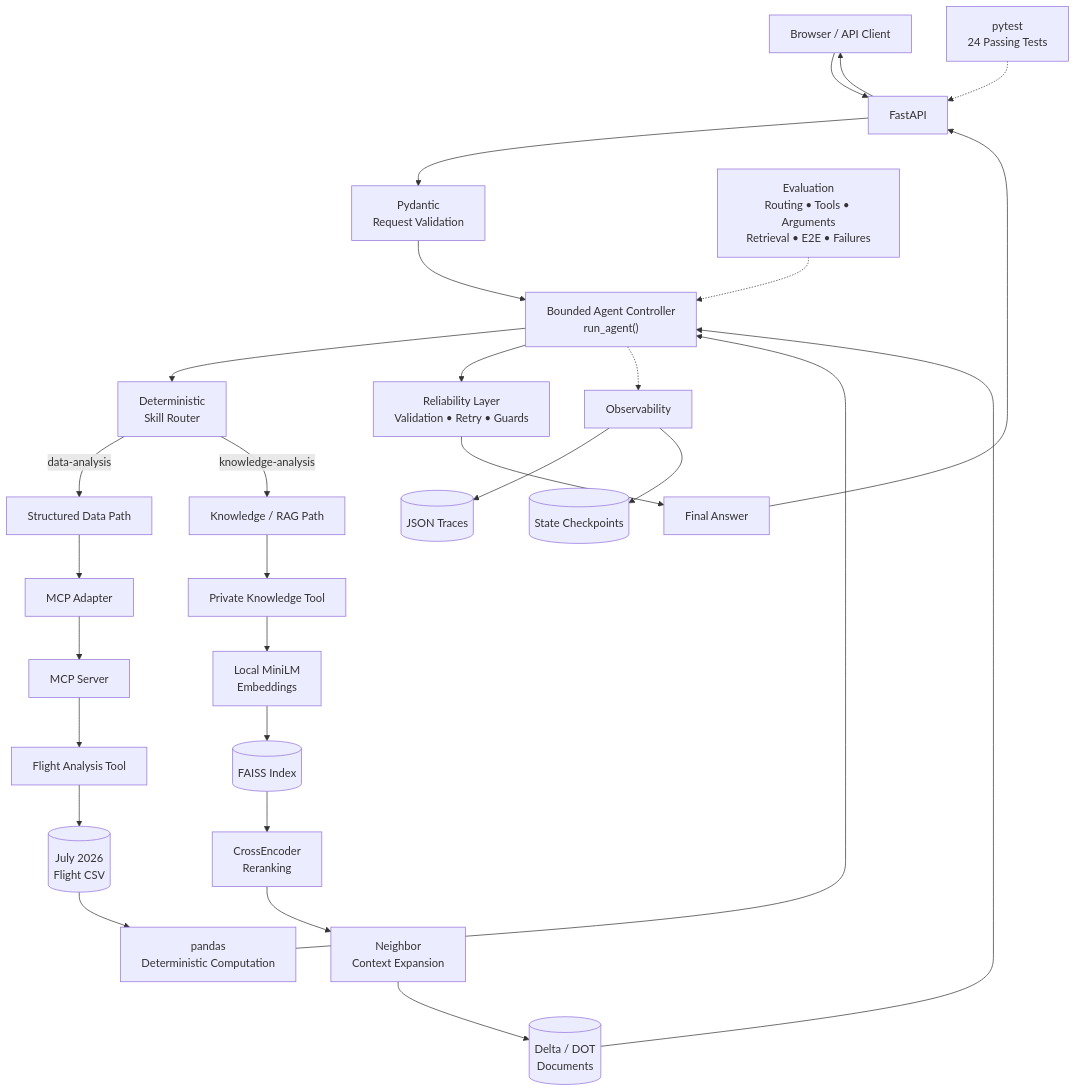
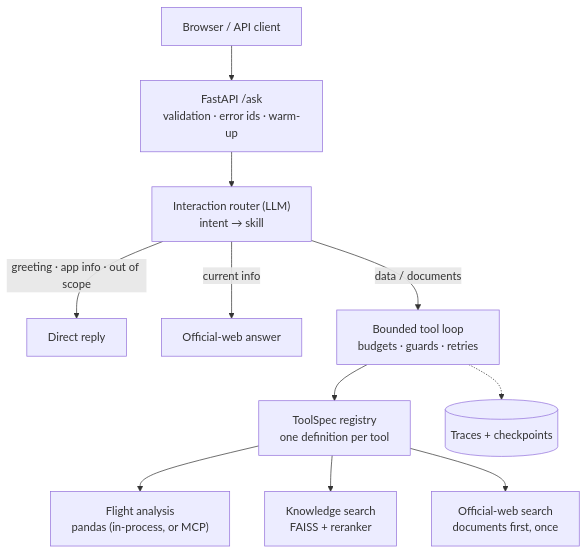
The diagram in README.md (norochalise/agentic-airline-bi), drawn with Mermaid before and after one commit. The commit also changed other lines of this file and 4 other files, not shown here.

First line of the commit message:
docs: 144-line README, dev log under docs/, architecture update note

````diff
--- a/README.md
+++ b/README.md
@@ -82,41 +23,13 @@
 ```mermaid
 flowchart TB
-    U["Browser / API Client"] --> API["FastAPI"]
-
-    API --> V["Pydantic<br/>Request Validation"]
-    V --> A["Bounded Agent Controller<br/>run_agent()"]
-
-    A --> R["Deterministic<br/>Skill Router"]
-
-    R -->|data-analysis| D["Structured Data Path"]
-    R -->|knowledge-analysis| K["Knowledge / RAG Path"]
-
-    D --> MCP["MCP Adapter"]
-    MCP --> MS["MCP Server"]
-    MS --> DT["Flight Analysis Tool"]
-    DT --> CSV[("July 2026<br/>Flight CSV")]
-    CSV --> PD["pandas<br/>Deterministic Computation"]
-
-    K --> KT["Private Knowledge Tool"]
-    KT --> EMB["Local MiniLM<br/>Embeddings"]
-    EMB --> F[("FAISS Index")]
-    F --> RR["CrossEncoder<br/>Reranking"]
-    RR --> NX["Neighbor<br/>Context Expansion"]
-    NX --> DOCS[("Delta / DOT<br/>Documents")]
-
-    PD --> A
-    DOCS --> A
-
-    A --> REL["Reliability Layer<br/>Validation • Retry • Guards"]
-    REL --> OUT["Final Answer"]
-
-    A -.-> OBS["Observability"]
-    OBS --> TR[("JSON Traces")]
-    OBS --> CP[("State Checkpoints")]
-
-    OUT --> API
-    API --> U
-
-    EV["Evaluation<br/>Routing • Tools • Arguments<br/>Retrieval • E2E • Failures"] -.-> A
-    TEST["pytest<br/>24 Passing Tests"] -.-> API
+    U["Browser / API client"] --> API["FastAPI /ask<br/>validation · error ids · warm-up"]
+    API --> IR["Interaction router (LLM)<br/>intent → skill"]
+    IR -->|greeting · app info · out of scope| DR["Direct reply"]
+    IR -->|current info| WEB["Official-web answer"]
+    IR -->|data / documents| LOOP["Bounded tool loop<br/>budgets · guards · retries"]
+    LOOP --> REG["ToolSpec registry<br/>one definition per tool"]
+    REG --> DATA["Flight analysis<br/>pandas (in-process, or MCP)"]
+    REG --> RAG["Knowledge search<br/>FAISS + reranker"]
+    REG --> OW["Official-web search<br/>documents first, once"]
+    LOOP -.-> OBS[("Traces + checkpoints")]
 ```
````
